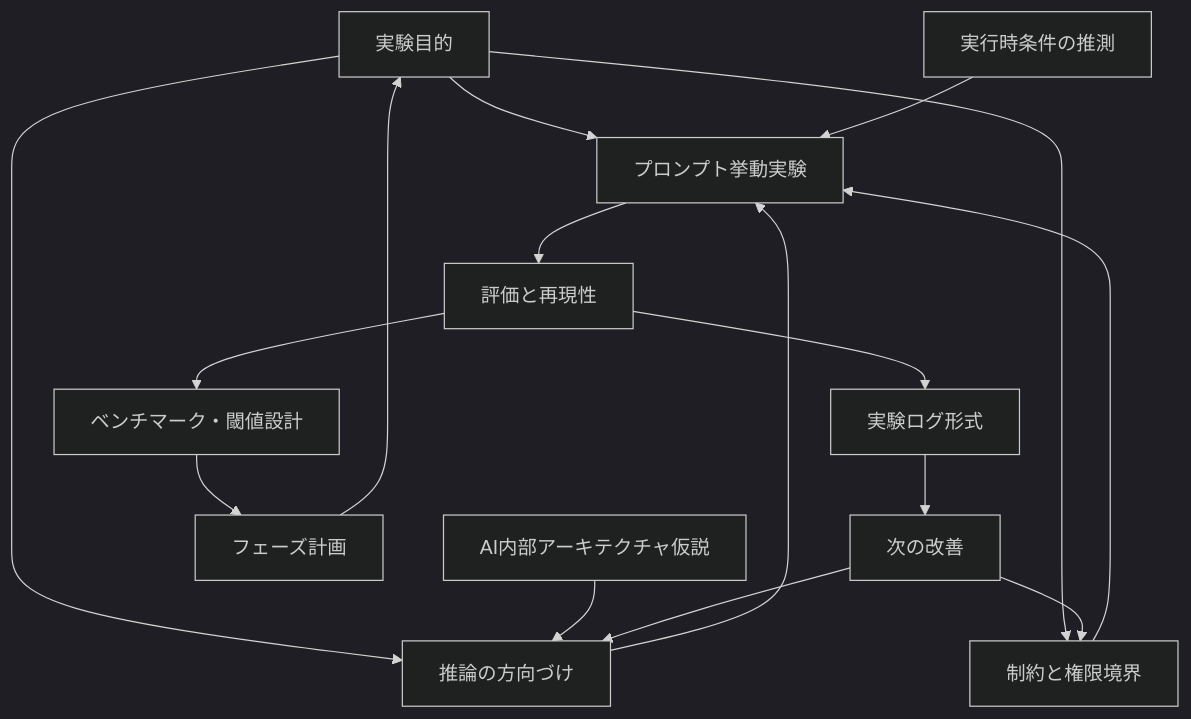
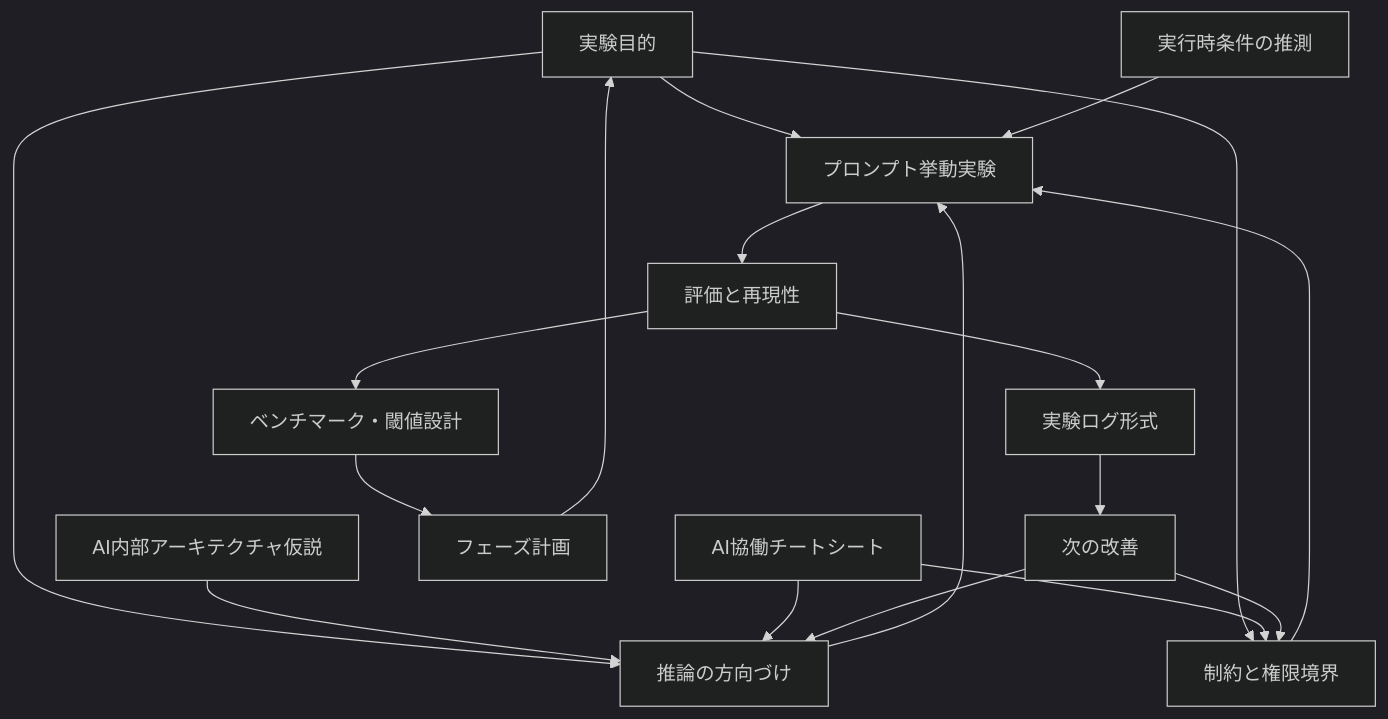
One commit to schro-cat-dev/torisetsu changed the diagram in internal_refs/ai_experiment_scopes/README.md. Above: the diagram before and after it, drawn with Mermaid (dark theme). The commit also changed other lines of this file and 3 other files, not shown here.

````diff
--- a/internal_refs/ai_experiment_scopes/README.md
+++ b/internal_refs/ai_experiment_scopes/README.md
@@ -25,20 +26,22 @@
 ```mermaid
 flowchart TD
   Goal["実験目的"] --> Prompt["プロンプト挙動実験"]
   Goal --> Direction["推論の方向づけ"]
   Goal --> Constraint["制約と権限境界"]
 
   Runtime["実行時条件の推測"] --> Prompt
   Direction --> Prompt
   Constraint --> Prompt
   Architecture["AI内部アーキテクチャ仮説"] --> Direction
+  Collaboration["AI協働チートシート"] --> Direction
+  Collaboration --> Constraint
 
   Prompt --> Evaluation["評価と再現性"]
   Evaluation --> Benchmark["ベンチマーク・閾値設計"]
   Benchmark --> Phase["フェーズ計画"]
   Evaluation --> Log["実験ログ形式"]
   Log --> Next["次の改善"]
   Phase["フェーズ計画"] --> Goal
   Next --> Direction
   Next --> Constraint
 ```
````
